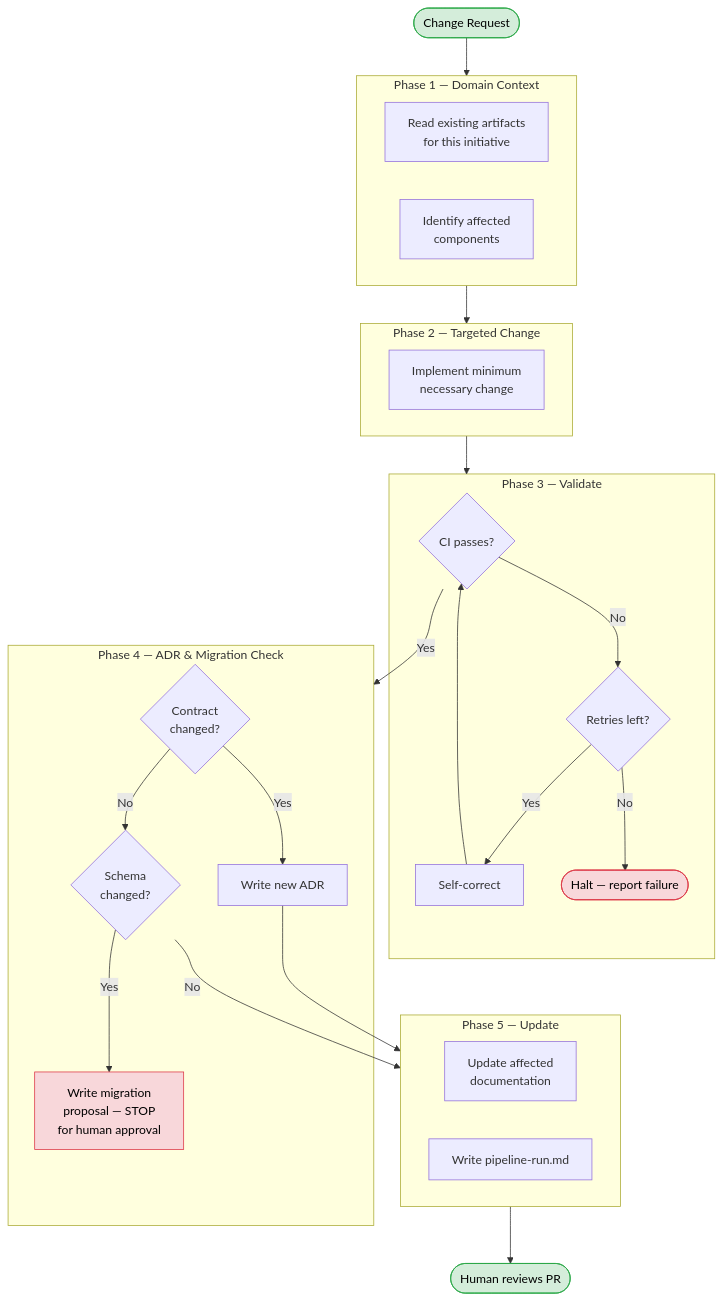
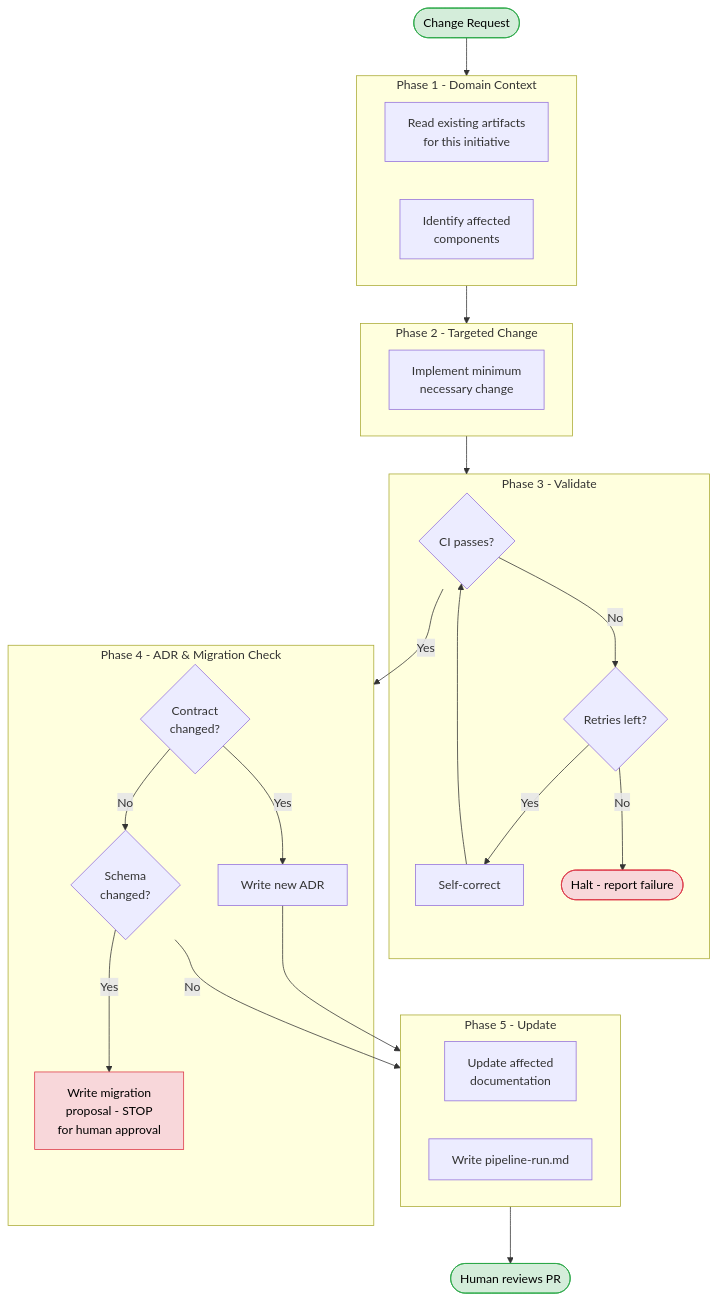
Before and after one commit to planifest/planifest-framework: the second of 2 diagrams in planifest-docs/p015-planifest-pipeline.md, drawn with Mermaid. The commit also changed other lines of this file and 56 other files, not shown here.

````diff
--- a/planifest-docs/p015-planifest-pipeline.md
+++ b/planifest-docs/p015-planifest-pipeline.md
@@ -324,50 +324,50 @@
 ```mermaid
 flowchart TD
     CHANGE([Change Request]) --> PHASE1
 
-    subgraph PHASE1["Phase 1 — Domain Context"]
+    subgraph PHASE1["Phase 1 - Domain Context"]
         READ["Read existing artifacts\nfor this initiative"]
         COMP["Identify affected\ncomponents"]
     end
 
-    subgraph PHASE2["Phase 2 — Targeted Change"]
+    subgraph PHASE2["Phase 2 - Targeted Change"]
         IMPL["Implement minimum\nnecessary change"]
     end
 
-    subgraph PHASE3["Phase 3 — Validate"]
+    subgraph PHASE3["Phase 3 - Validate"]
         CHECK{"CI passes?"}
         FIX["Self-correct"]
         RETRY{"Retries left?"}
-        HALT(["Halt — report failure"])
+        HALT(["Halt - report failure"])
     end
 
-    subgraph PHASE4["Phase 4 — ADR & Migration Check"]
+    subgraph PHASE4["Phase 4 - ADR & Migration Check"]
         CONTRACT{"Contract\nchanged?"}
         ADR["Write new ADR"]
         SCHEMA{"Schema\nchanged?"}
-        MIG["Write migration\nproposal — STOP\nfor human approval"]
+        MIG["Write migration\nproposal - STOP\nfor human approval"]
     end
 
-    subgraph PHASE5["Phase 5 — Update"]
+    subgraph PHASE5["Phase 5 - Update"]
         DOCS["Update affected\ndocumentation"]
         RUN["Write pipeline-run.md"]
     end
 
     REVIEW(["Human reviews PR"])
 
     PHASE1 --> PHASE2 --> PHASE3
     CHECK -->|Yes| PHASE4
     CHECK -->|No| RETRY
     RETRY -->|Yes| FIX --> CHECK
     RETRY -->|No| HALT
     CONTRACT -->|Yes| ADR --> PHASE5
     CONTRACT -->|No| SCHEMA
     SCHEMA -->|Yes| MIG
     SCHEMA -->|No| PHASE5
     PHASE5 --> REVIEW
 
     style CHANGE fill:#d4edda,stroke:#28a745,color:#000
     style REVIEW fill:#d4edda,stroke:#28a745,color:#000
     style HALT fill:#f8d7da,stroke:#dc3545,color:#000
     style MIG fill:#f8d7da,stroke:#dc3545,color:#000
 ```
````
